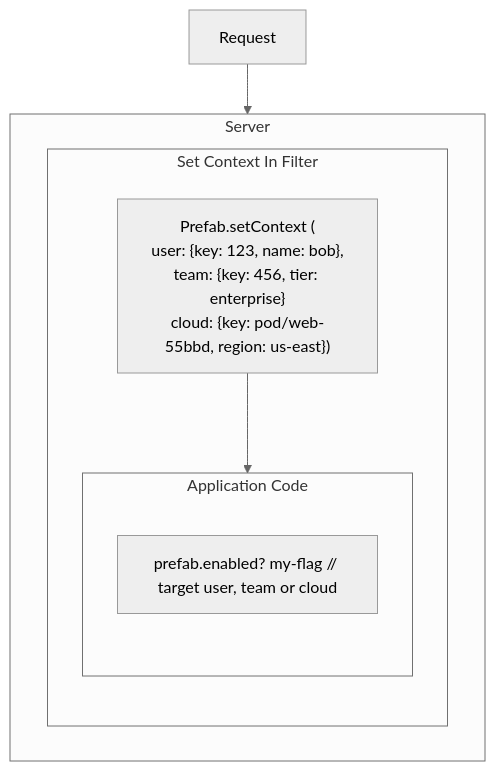
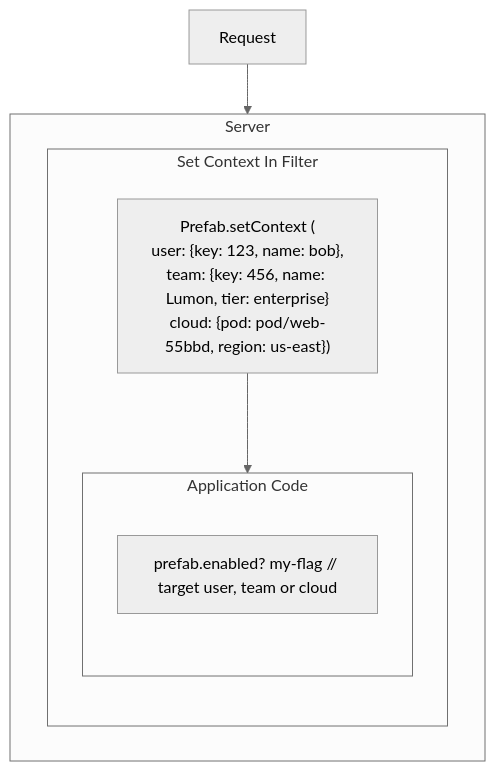
One commit to prefab-cloud/prefab-cloud-docs-web changed the diagram in docs/explanations/concepts/context.md. Above: the diagram before and after it, drawn with Mermaid (neutral theme). The commit also changed other lines of this file, not shown here.

Commit message:
more clear "key" vs "name"

````diff
--- a/docs/explanations/concepts/context.md
+++ b/docs/explanations/concepts/context.md
@@ -10,15 +10,15 @@
 ```mermaid
 graph TD;
     A[Request] --> Server
     subgraph Server
         Filter
         subgraph Filter[Set Context In Filter]
-            D["Prefab.setContext (<br/>user: {key: 123, name: bob},<br/>team: {key: 456, tier: enterprise}<br/>cloud: {key: pod/web-55bbd, region: us-east})"]
+            D["Prefab.setContext (<br/>user: {key: 123, name: bob},<br/>team: {key: 456, name: Lumon, tier: enterprise}<br/>cloud: {pod: pod/web-55bbd, region: us-east})"]
             subgraph ApplicationCode[Application Code]
                 E[prefab.enabled? my-flag // target user, team or cloud]
             end
             D --> ApplicationCode
         end
     end
 
 ```
````
